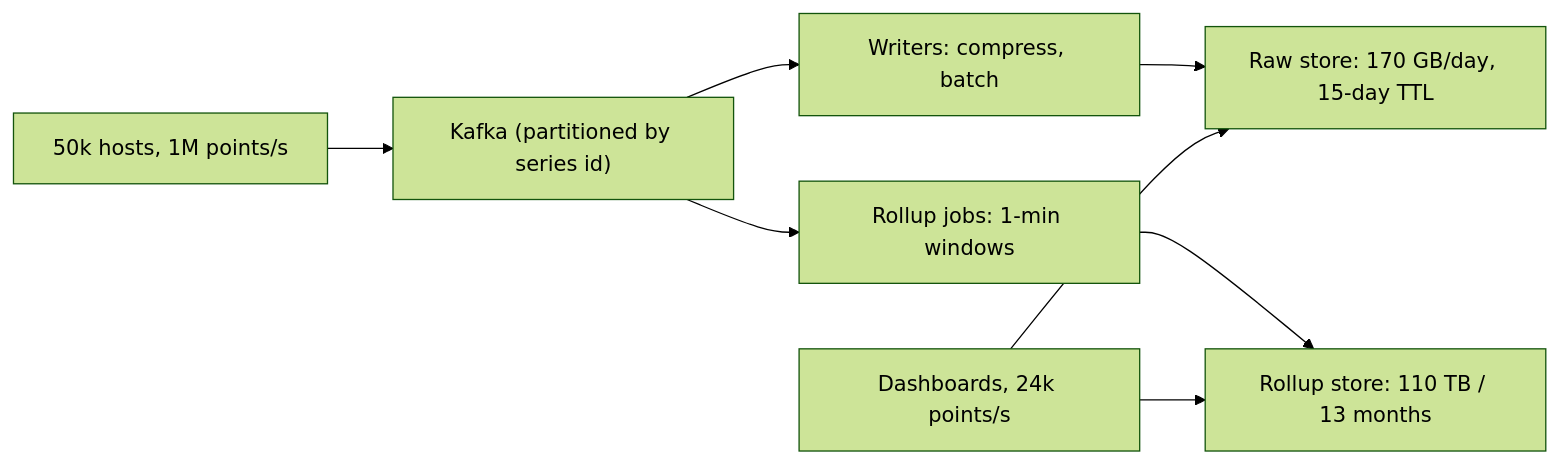
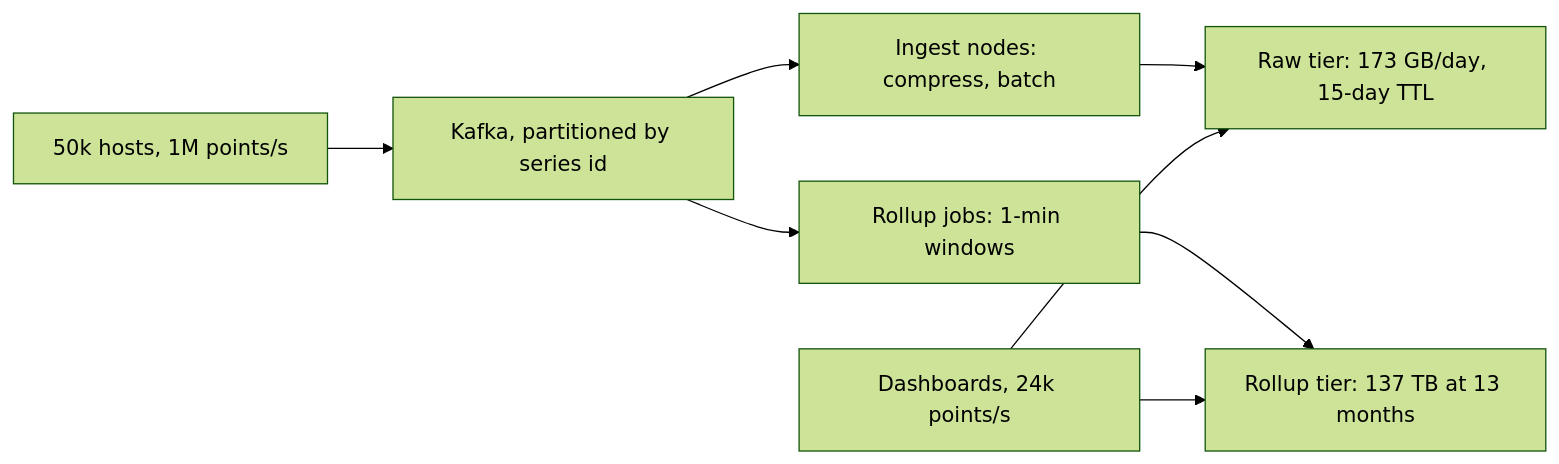
One commit to thull32/ascend changed the diagram in content/tracks/09-system-design/01-building-blocks/02-back-of-envelope-estimation.md. Above: the diagram before and after it, drawn with Mermaid (forest theme). The commit also changed other lines of this file and 7 other files, not shown here.

````diff
--- a/content/tracks/09-system-design/01-building-blocks/02-back-of-envelope-estimation.md
+++ b/content/tracks/09-system-design/01-building-blocks/02-back-of-envelope-estimation.md
@@ -119,10 +185,10 @@
 ```mermaid
 flowchart LR
-  H["50k hosts, 1M points/s"] --> K["Kafka (partitioned by series id)"]
-  K --> W["Writers: compress, batch"]
-  W --> R["Raw store: 170 GB/day, 15-day TTL"]
+  H["50k hosts, 1M points/s"] --> K["Kafka, partitioned by series id"]
+  K --> W["Ingest nodes: compress, batch"]
+  W --> R["Raw tier: 173 GB/day, 15-day TTL"]
   K --> A["Rollup jobs: 1-min windows"]
-  A --> L["Rollup store: 110 TB / 13 months"]
+  A --> L["Rollup tier: 137 TB at 13 months"]
   Q["Dashboards, 24k points/s"] --> L
   Q --> R
 ```
````
